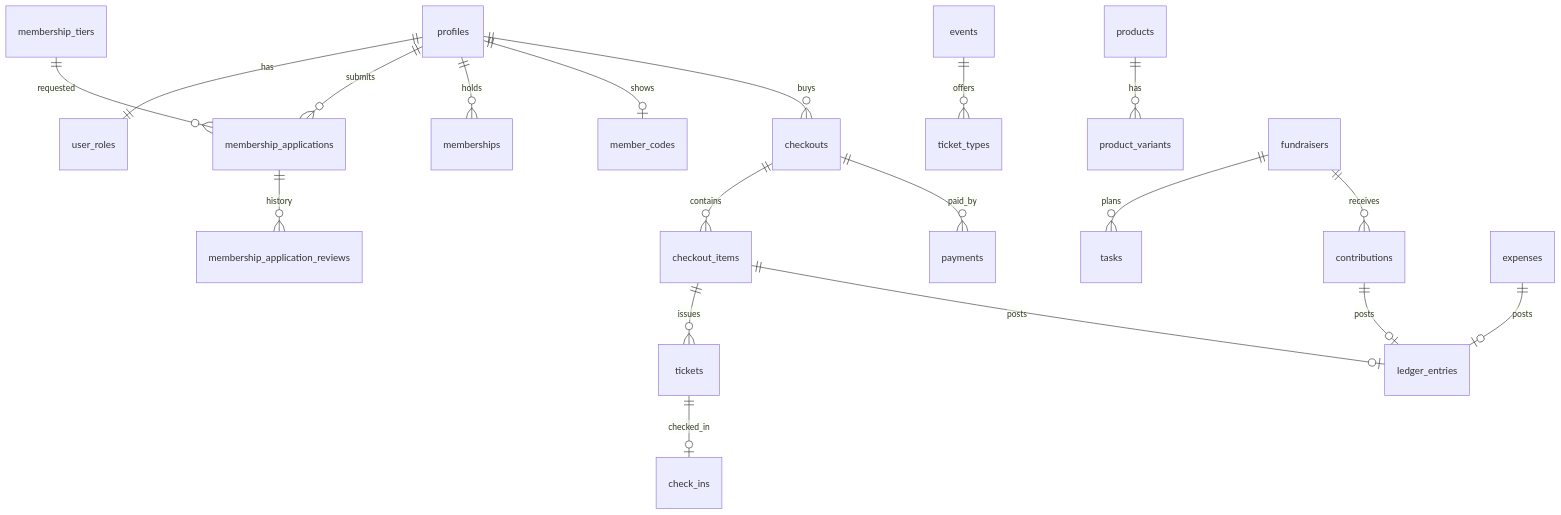
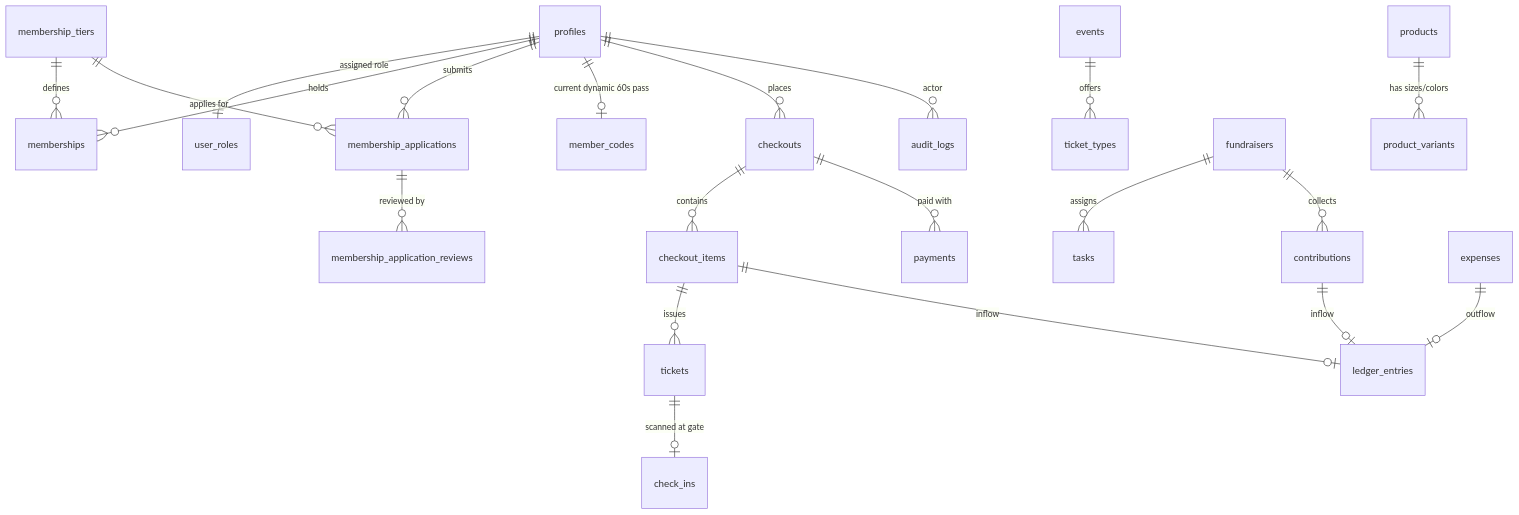
Before and after one commit to ravitejam2007-code/SkylineSOS: the third of 3 diagrams in docs/architecture.md, drawn with Mermaid. The commit also changed other lines of this file and 4 other files, not shown here.

Commit message:
docs(audit): deliver Phase 1 architecture audit, implementation checklist, and specifications

````diff
--- a/docs/architecture.md
+++ b/docs/architecture.md
@@ -125,21 +286,23 @@
 ```mermaid
 erDiagram
-  profiles ||--|| user_roles : has
-  profiles ||--o{ membership_applications : submits
-  membership_tiers ||--o{ membership_applications : requested
-  membership_applications ||--o{ membership_application_reviews : history
-  profiles ||--o{ memberships : holds
-  profiles ||--o| member_codes : shows
-  events ||--o{ ticket_types : offers
-  profiles ||--o{ checkouts : buys
-  checkouts ||--o{ checkout_items : contains
-  checkouts ||--o{ payments : paid_by
-  checkout_items ||--o{ tickets : issues
-  tickets ||--o| check_ins : checked_in
-  products ||--o{ product_variants : has
-  fundraisers ||--o{ tasks : plans
-  fundraisers ||--o{ contributions : receives
-  checkout_items ||--o| ledger_entries : posts
-  contributions ||--o| ledger_entries : posts
-  expenses ||--o| ledger_entries : posts
+    profiles ||--|| user_roles : "assigned role"
+    profiles ||--o{ memberships : "holds"
+    membership_tiers ||--o{ memberships : "defines"
+    profiles ||--o{ membership_applications : "submits"
+    membership_tiers ||--o{ membership_applications : "applies for"
+    membership_applications ||--o{ membership_application_reviews : "reviewed by"
+    profiles ||--o| member_codes : "current dynamic 60s pass"
+    events ||--o{ ticket_types : "offers"
+    profiles ||--o{ checkouts : "places"
+    checkouts ||--o{ checkout_items : "contains"
+    checkouts ||--o{ payments : "paid with"
+    checkout_items ||--o{ tickets : "issues"
+    tickets ||--o| check_ins : "scanned at gate"
+    products ||--o{ product_variants : "has sizes/colors"
+    fundraisers ||--o{ tasks : "assigns"
+    fundraisers ||--o{ contributions : "collects"
+    checkout_items ||--o| ledger_entries : "inflow"
+    contributions ||--o| ledger_entries : "inflow"
+    expenses ||--o| ledger_entries : "outflow"
+    profiles ||--o{ audit_logs : "actor"
 ```
````
